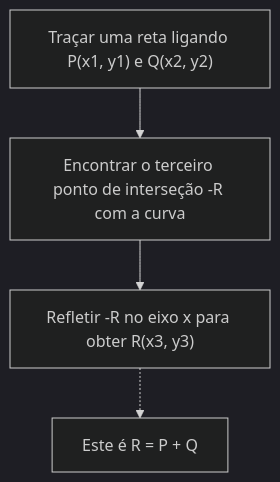
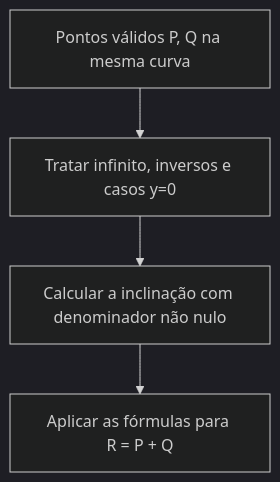
Before and after one commit to kenjinote/blog: the first of 3 diagrams in content/post/楕円曲線暗号の数学的基礎とcppでの実装/index.pt.md, drawn with Mermaid (dark theme). The commit also changed other lines of this file and 6 other files, not shown here.

````diff
--- a/content/post/楕円曲線暗号の数学的基礎とcppでの実装/index.pt.md
+++ b/content/post/楕円曲線暗号の数学的基礎とcppでの実装/index.pt.md
@@ -113,6 +81,6 @@
 ```mermaid
 graph TD
-    Step1["Traçar uma reta ligando P(x1, y1) e Q(x2, y2)"] --> Step2["Encontrar o terceiro ponto de interseção -R com a curva"]
-    Step2 --> Step3["Refletir -R no eixo x para obter R(x3, y3)"]
-    Step3 -.-> Result["Este é R = P + Q"]
+    A["Pontos válidos P, Q na mesma curva"] --> B["Tratar infinito, inversos e casos y=0"]
+    B --> C["Calcular a inclinação com denominador não nulo"]
+    C --> D["Aplicar as fórmulas para R = P + Q"]
 ```
````
